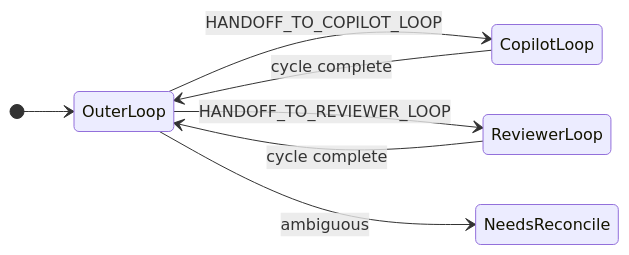
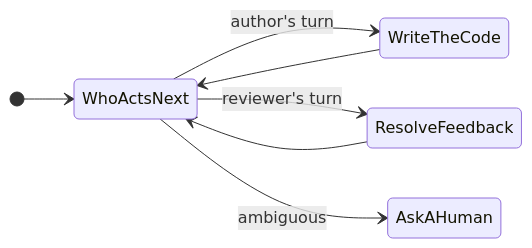
Before and after one commit to mfittko/dev-loops: the first of 2 diagrams in docs/presentations/applied-dev-loops-presentation.md, drawn with Mermaid. The commit also changed other lines of this file and 6 other files, not shown here.

````diff
--- a/docs/presentations/applied-dev-loops-presentation.md
+++ b/docs/presentations/applied-dev-loops-presentation.md
@@ -55,10 +36,10 @@
-```mermaid {scale: 0.68}
+```mermaid {scale: 0.66}
 stateDiagram-v2
   direction LR
-  [*] --> OuterLoop
-  OuterLoop --> CopilotLoop: HANDOFF_TO_COPILOT_LOOP
-  OuterLoop --> ReviewerLoop: HANDOFF_TO_REVIEWER_LOOP
-  OuterLoop --> NeedsReconcile: ambiguous
-  CopilotLoop --> OuterLoop: cycle complete
-  ReviewerLoop --> OuterLoop: cycle complete
+  [*] --> WhoActsNext
+  WhoActsNext --> WriteTheCode: author's turn
+  WhoActsNext --> ResolveFeedback: reviewer's turn
+  WhoActsNext --> AskAHuman: ambiguous
+  WriteTheCode --> WhoActsNext
+  ResolveFeedback --> WhoActsNext
 ```
````
